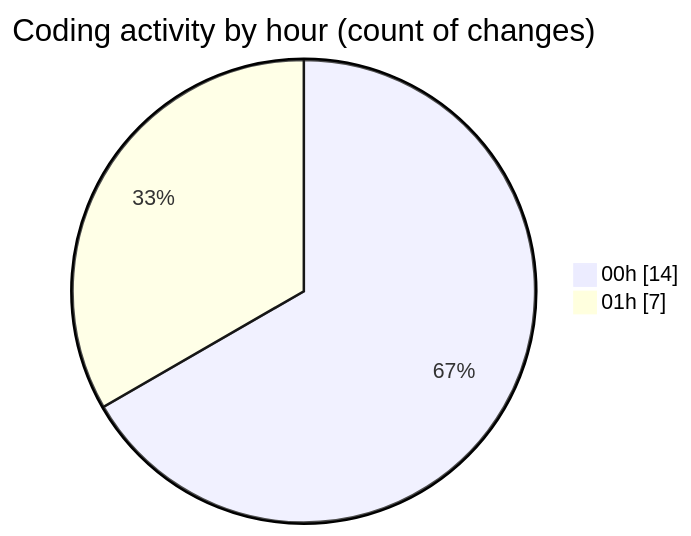
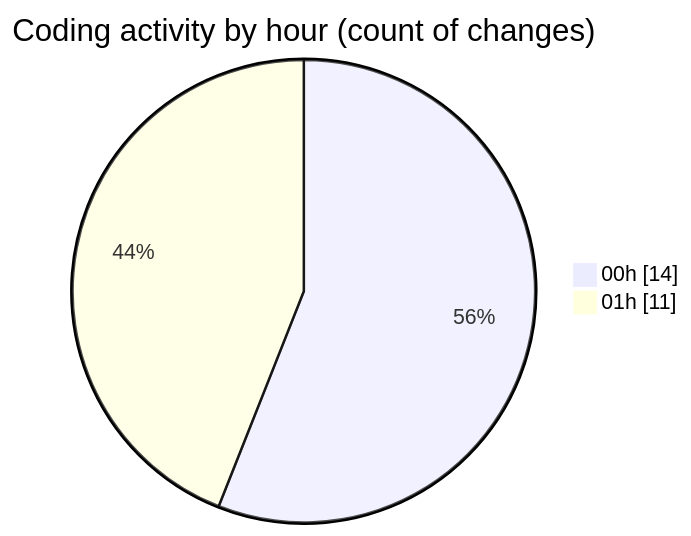
Before and after one commit to momahboobian/code-tracking: the second of 2 diagrams in 2025-01-11/good-pr/README.md, drawn with Mermaid. The commit also changed other lines of this file and 1 other file, not shown here.

````diff
--- a/2025-01-11/good-pr/README.md
+++ b/2025-01-11/good-pr/README.md
@@ -41,6 +43,6 @@
 ```mermaid
 pie showData
 title Coding activity by hour (count of changes)
 "00h" : 14
-"01h" : 7
+"01h" : 11
 ```
````
